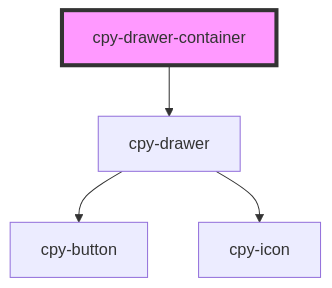
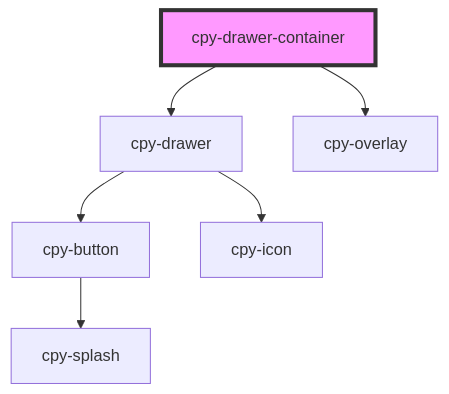
Before and after one commit to Lith1um/Canopy-Stencil: the diagram in stencil-lib/src/components/drawer-container/readme.md, drawn with Mermaid. The commit also changed other lines of this file and 152 other files, not shown here.

````diff
--- a/stencil-lib/src/components/drawer-container/readme.md
+++ b/stencil-lib/src/components/drawer-container/readme.md
@@ -29,7 +43,9 @@
 ```mermaid
 graph TD;
   cpy-drawer-container --> cpy-drawer
+  cpy-drawer-container --> cpy-overlay
   cpy-drawer --> cpy-button
   cpy-drawer --> cpy-icon
+  cpy-button --> cpy-splash
   style cpy-drawer-container fill:#f9f,stroke:#333,stroke-width:4px
 ```
````
